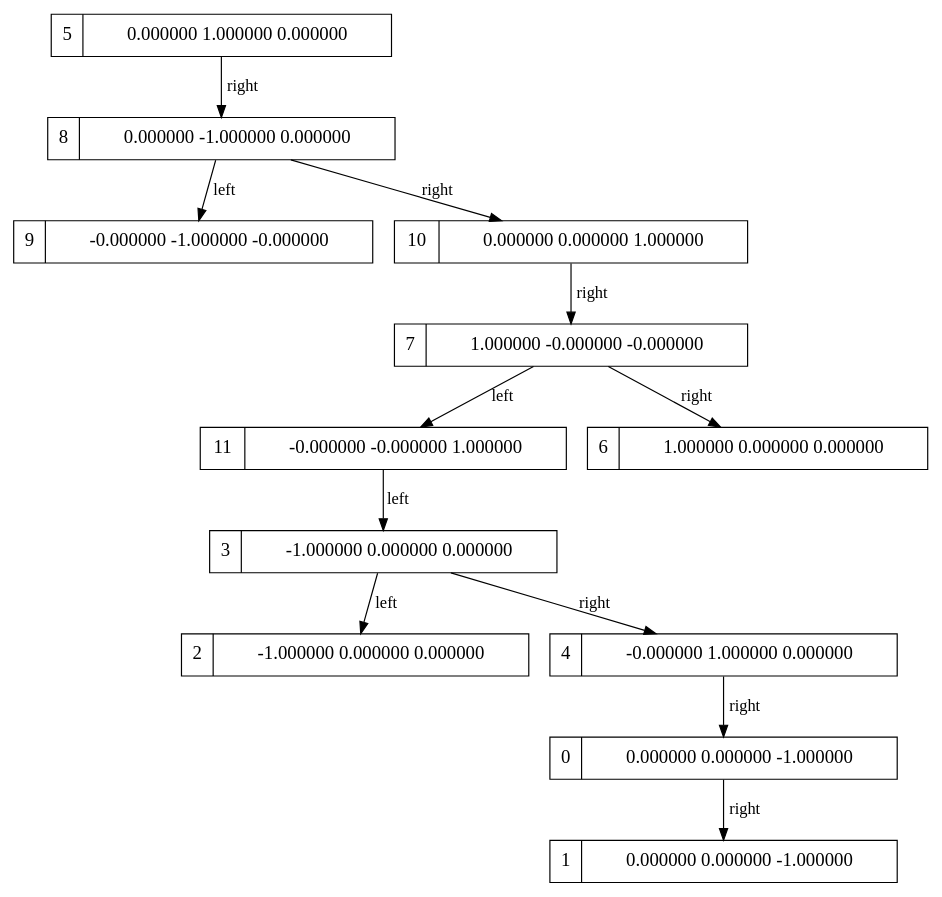
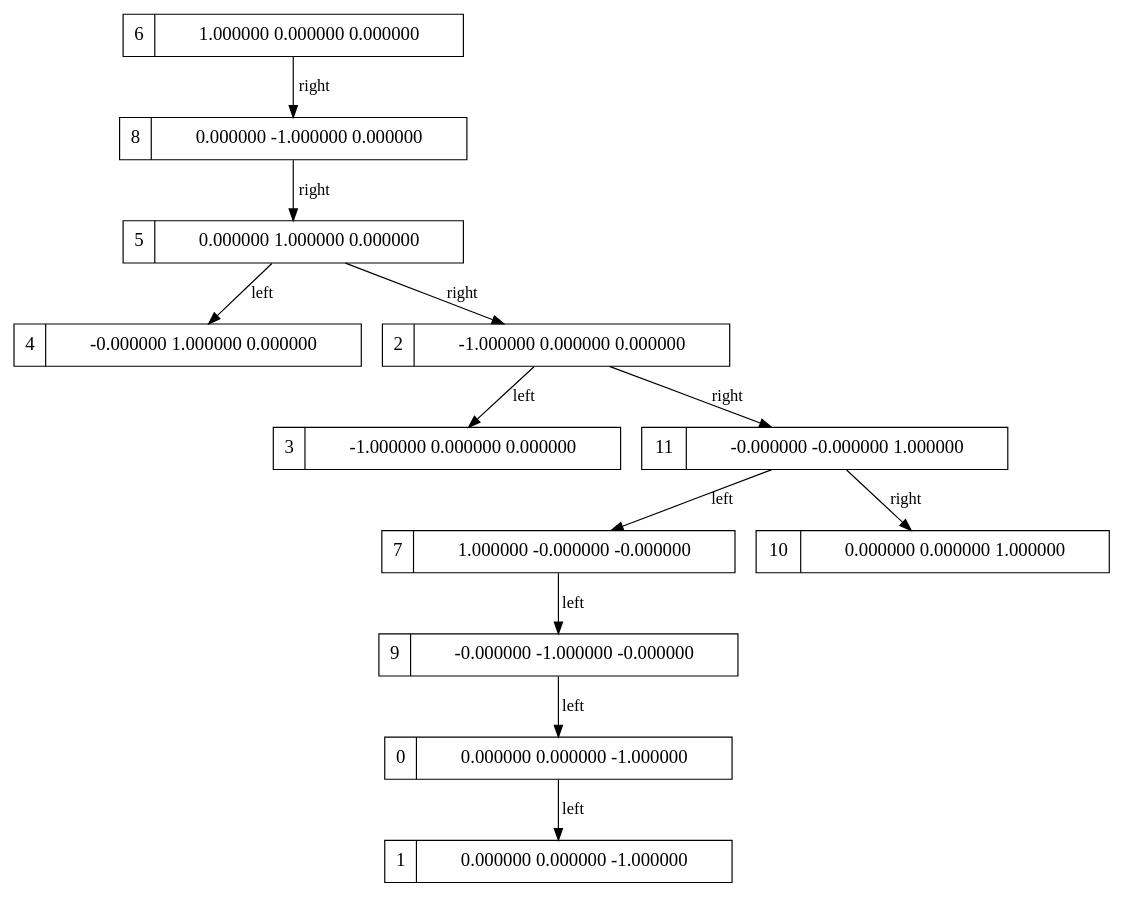
Before and after one commit to AryaGosuDev/RayTracer: the diagram in Render2/cubeoutGraph.dot, drawn with Graphviz. The commit also changed 13 other files, not shown here.

```diff
--- a/Render2/cubeoutGraph.dot
+++ b/Render2/cubeoutGraph.dot
@@ -1,1 +1,1 @@
-digraph g { graph []; node [ fontsize="16" shape = "ellipse"]; edge [];"node5" [ label = "5 | 0.000000 1.000000 0.000000 " shape = "record" ];"node8" [ label = "8 | 0.000000 -1.000000 0.000000 " shape = "record" ];"node9" [ label = "9 | -0.000000 -1.000000 -0.000000 " shape = "record" ];"node10" [ label = "10 | 0.000000 0.000000 1.000000 " shape = "record" ];"node7" [ label = "7 | 1.000000 -0.000000 -0.000000 " shape = "record" ];"node11" [ label = "11 | -0.000000 -0.000000 1.000000 " shape = "record" ];"node3" [ label = "3 | -1.000000 0.000000 0.000000 " shape = "record" ];"node2" [ label = "2 | -1.000000 0.000000 0.000000 " shape = "record" ];"node4" [ label = "4 | -0.000000 1.000000 0.000000 " shape = "record" ];"node0" [ label = "0 | 0.000000 0.000000 -1.000000 " shape = "record" ];"node1" [ label = "1 | 0.000000 0.000000 -1.000000 " shape = "record" ];"node6" [ label = "6 | 1.000000 0.000000 0.000000 " shape = "record" ];"node5"-> "node8" [ label = "right"];"node8"-> "node9" [ label = "left"];"node8"-> "node10" [ label = "right"];"node10"-> "node7" [ label = "right"];"node7"-> "node11" [ label = "left"];"node11"-> "node3" [ label = "left"];"node3"-> "node2" [ label = "left"];"node3"-> "node4" [ label = "right"];"node4"-> "node0" [ label = "right"];"node0"-> "node1" [ label = "right"];"node7"-> "node6" [ label = "right"];}
+digraph g { graph []; node [ fontsize="16" shape = "ellipse"]; edge [];"node6" [ label = "6 | 1.000000 0.000000 0.000000 " shape = "record" ];"node8" [ label = "8 | 0.000000 -1.000000 0.000000 " shape = "record" ];"node5" [ label = "5 | 0.000000 1.000000 0.000000 " shape = "record" ];"node4" [ label = "4 | -0.000000 1.000000 0.000000 " shape = "record" ];"node2" [ label = "2 | -1.000000 0.000000 0.000000 " shape = "record" ];"node3" [ label = "3 | -1.000000 0.000000 0.000000 " shape = "record" ];"node11" [ label = "11 | -0.000000 -0.000000 1.000000 " shape = "record" ];"node7" [ label = "7 | 1.000000 -0.000000 -0.000000 " shape = "record" ];"node9" [ label = "9 | -0.000000 -1.000000 -0.000000 " shape = "record" ];"node0" [ label = "0 | 0.000000 0.000000 -1.000000 " shape = "record" ];"node1" [ label = "1 | 0.000000 0.000000 -1.000000 " shape = "record" ];"node10" [ label = "10 | 0.000000 0.000000 1.000000 " shape = "record" ];"node6"-> "node8" [ label = "right"];"node8"-> "node5" [ label = "right"];"node5"-> "node4" [ label = "left"];"node5"-> "node2" [ label = "right"];"node2"-> "node3" [ label = "left"];"node2"-> "node11" [ label = "right"];"node11"-> "node7" [ label = "left"];"node7"-> "node9" [ label = "left"];"node9"-> "node0" [ label = "left"];"node0"-> "node1" [ label = "left"];"node11"-> "node10" [ label = "right"];}
```
